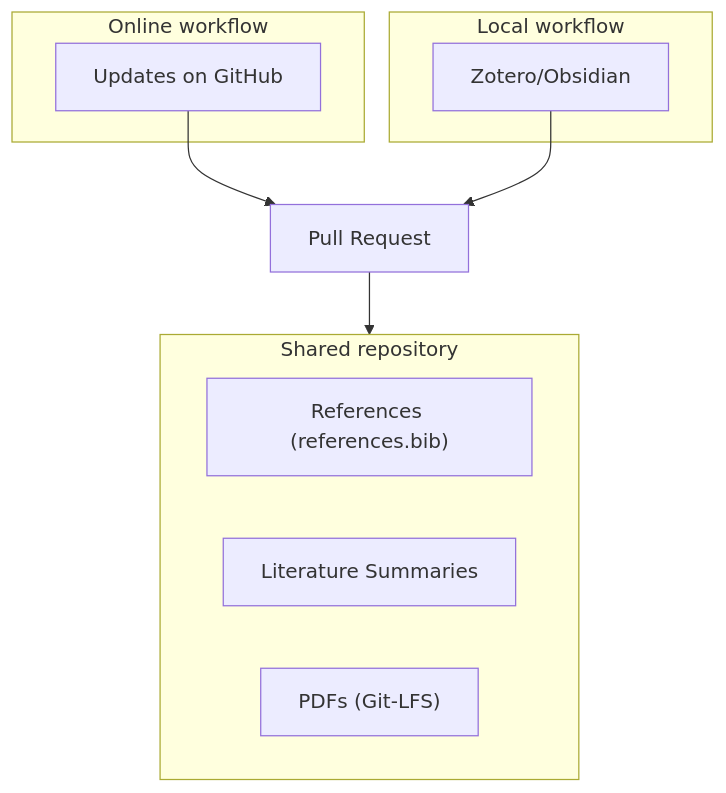
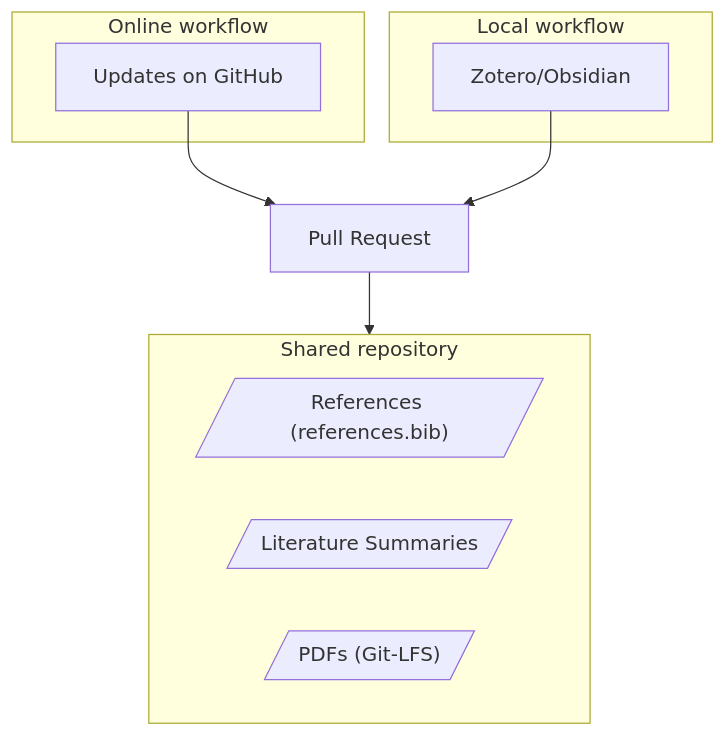
One commit to digital-work-lab/handbook changed the diagram in docs/20-research/22-literature.md. Above: the diagram before and after it, drawn with Mermaid.

````diff
--- a/docs/20-research/22-literature.md
+++ b/docs/20-research/22-literature.md
@@ -11,23 +11,23 @@
 ```mermaid
 graph TD
     subgraph SharedRepository["Shared repository"]
         direction LR
-        A["References (references.bib)"]
-        B[Literature Summaries]
-        C["PDFs (Git-LFS)"]
+        A@{ shape: lean-r, label: "References (references.bib)" }
+        B@{ shape: lean-r, label: "Literature Summaries" }
+        C@{ shape: lean-r, label: "PDFs (Git-LFS)" }
     end
 
     subgraph Local workflow
         D["Zotero/Obsidian"]
     end
 
     subgraph Online workflow
         J["Updates on GitHub"]
     end
 
     J --> E
     E[Pull Request]
     D --> E
     E --> SharedRepository
 
 ```
````
